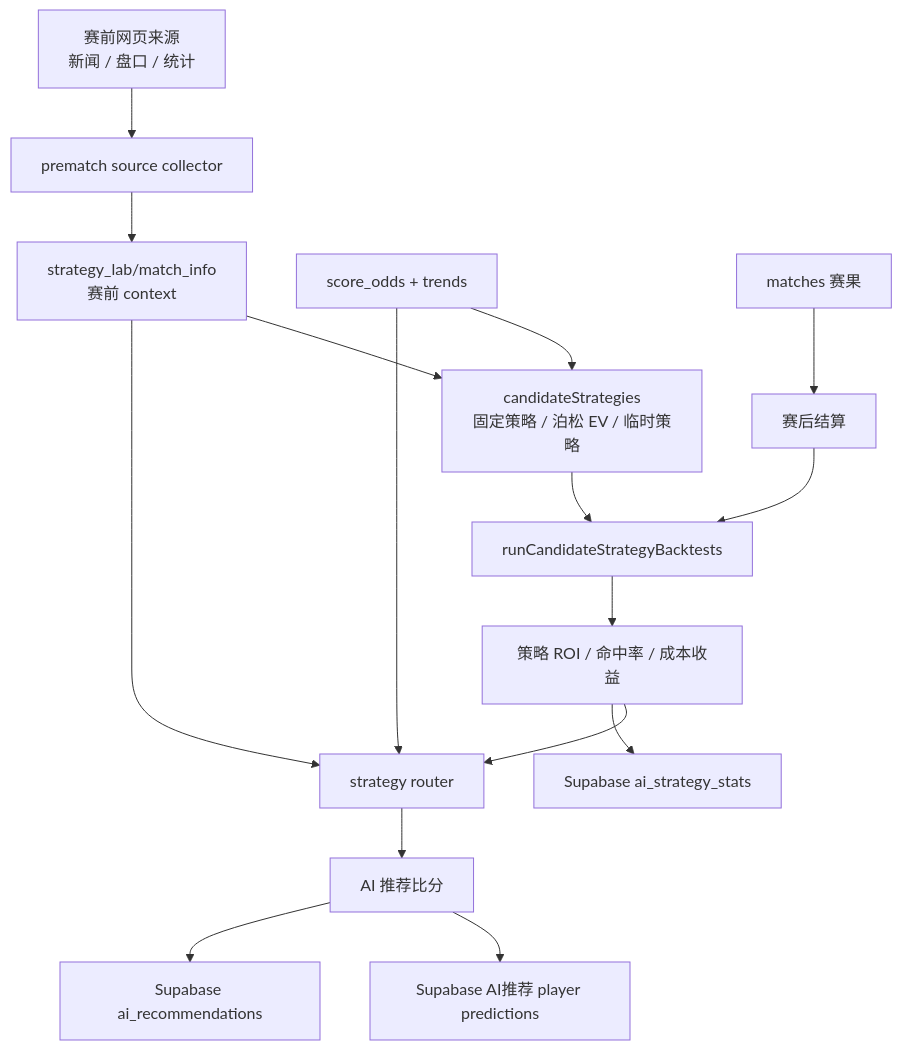
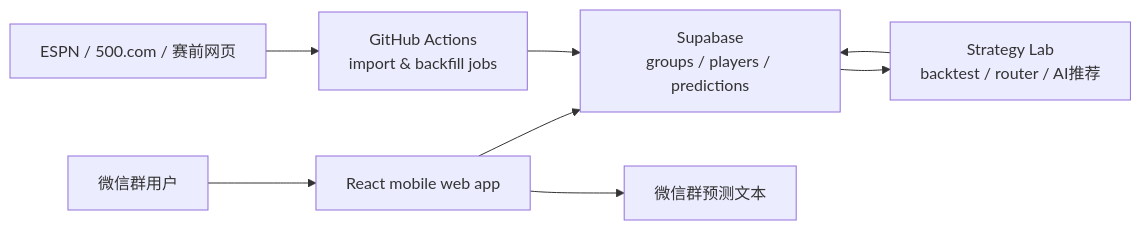
Before and after one commit to wu1du2/worldcup-predictor: the diagram in README.md, drawn with Mermaid. The commit also changed other lines of this file, not shown here.

````diff
--- a/README.md
+++ b/README.md
@@ -99,22 +26,12 @@
 ```mermaid
-flowchart TD
-  PrematchSources["赛前网页来源<br/>新闻 / 盘口 / 统计"] --> Collector["prematch source collector"]
-  Collector --> MatchInfo["strategy_lab/match_info<br/>赛前 context"]
+flowchart LR
+  User["微信群用户"] --> Web["React mobile web app"]
+  Web --> Supabase["Supabase<br/>groups / players / predictions"]
+  Web --> Export["微信群预测文本"]
 
-  MatchInfo --> Strategies["candidateStrategies<br/>固定策略 / 泊松 EV / 临时策略"]
-  Odds["score_odds + trends"] --> Strategies
-  Matches["matches 赛果"] --> Settlement["赛后结算"]
+  Sources["ESPN / 500.com / 赛前网页"] --> Jobs["GitHub Actions<br/>import & backfill jobs"]
+  Jobs --> Supabase
 
-  Strategies --> Backtest["runCandidateStrategyBacktests"]
-  Settlement --> Backtest
-  Backtest --> Stats["策略 ROI / 命中率 / 成本收益"]
-
-  Stats --> Router["strategy router"]
-  MatchInfo --> Router
-  Odds --> Router
-
-  Router --> AiPrediction["AI 推荐比分"]
-  AiPrediction --> AiPlayer["Supabase AI推荐 player predictions"]
-  AiPrediction --> AiDetails["Supabase ai_recommendations"]
-  Stats --> Leaderboard["Supabase ai_strategy_stats"]
+  Supabase --> Lab["Strategy Lab<br/>backtest / router / AI推荐"]
+  Lab --> Supabase
 ```
````
